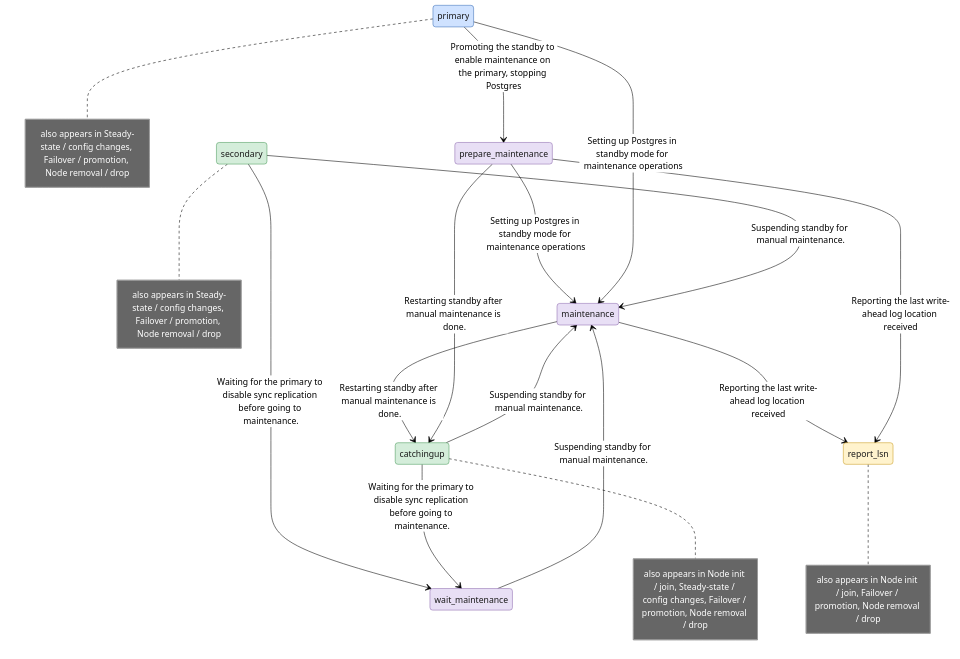
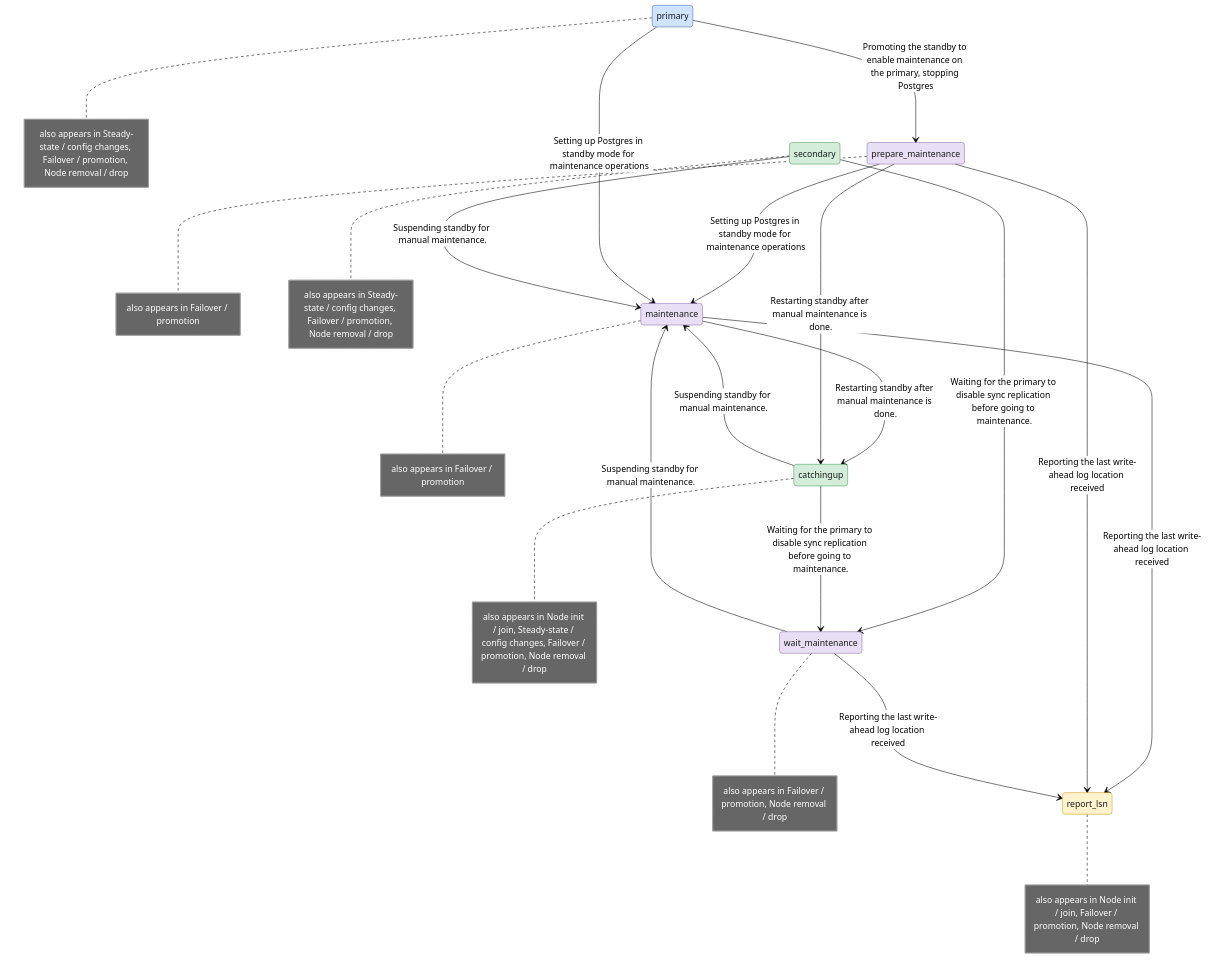
The fourth of 5 diagrams in docs/failover-state-machine.rst (hapostgres/pg_auto_failover), drawn with Mermaid (neutral theme) before and after one commit. The commit also changed other lines of this file, not shown here.

```diff
--- a/docs/failover-state-machine.rst
+++ b/docs/failover-state-machine.rst
@@ -574,32 +619,36 @@
 .. mermaid::
 
    stateDiagram-v2
        primary --> prepare_maintenance : Promoting the standby to enable maintenance on the primary, stopping Postgres
        prepare_maintenance --> maintenance : Setting up Postgres in standby mode for maintenance operations
        primary --> maintenance : Setting up Postgres in standby mode for maintenance operations
        secondary --> wait_maintenance : Waiting for the primary to disable sync replication before going to maintenance.
        catchingup --> wait_maintenance : Waiting for the primary to disable sync replication before going to maintenance.
        secondary --> maintenance : Suspending standby for manual maintenance.
        catchingup --> maintenance : Suspending standby for manual maintenance.
        wait_maintenance --> maintenance : Suspending standby for manual maintenance.
        maintenance --> catchingup : Restarting standby after manual maintenance is done.
        prepare_maintenance --> catchingup : Restarting standby after manual maintenance is done.
        maintenance --> report_lsn : Reporting the last write-ahead log location received
        prepare_maintenance --> report_lsn : Reporting the last write-ahead log location received
+       wait_maintenance --> report_lsn : Reporting the last write-ahead log location received
 
        note right of primary : also appears in Steady-state / config changes, Failover / promotion, Node removal / drop
+       note right of prepare_maintenance : also appears in Failover / promotion
+       note right of maintenance : also appears in Failover / promotion
        note right of secondary : also appears in Steady-state / config changes, Failover / promotion, Node removal / drop
+       note right of wait_maintenance : also appears in Failover / promotion, Node removal / drop
        note right of catchingup : also appears in Node init / join, Steady-state / config changes, Failover / promotion, Node removal / drop
        note right of report_lsn : also appears in Node init / join, Failover / promotion, Node removal / drop
 
        classDef primaryState fill:#cfe2ff,stroke:#3b6fb6,color:#1a1a1a
        classDef secondaryState fill:#d4edda,stroke:#4c9a5b,color:#1a1a1a
        classDef maintenanceState fill:#e8dff5,stroke:#8e6bb0,color:#1a1a1a
        classDef electionState fill:#fff3cd,stroke:#c99a1e,color:#1a1a1a
        class primary primaryState
        class prepare_maintenance maintenanceState
        class maintenance maintenanceState
        class secondary secondaryState
        class wait_maintenance maintenanceState
        class catchingup secondaryState
        class report_lsn electionState
```
